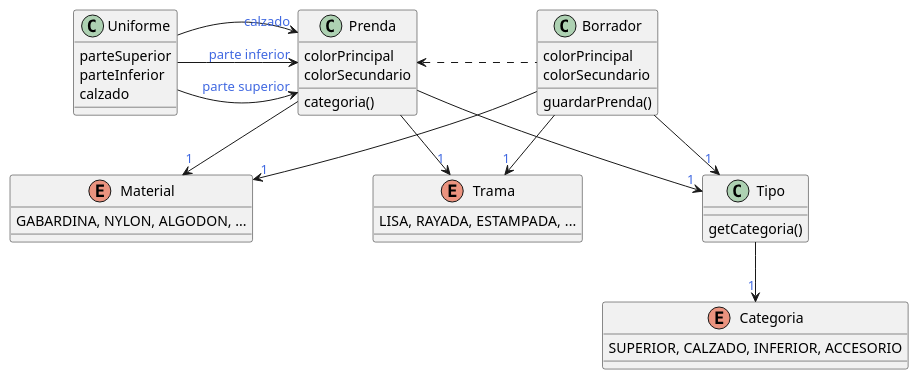
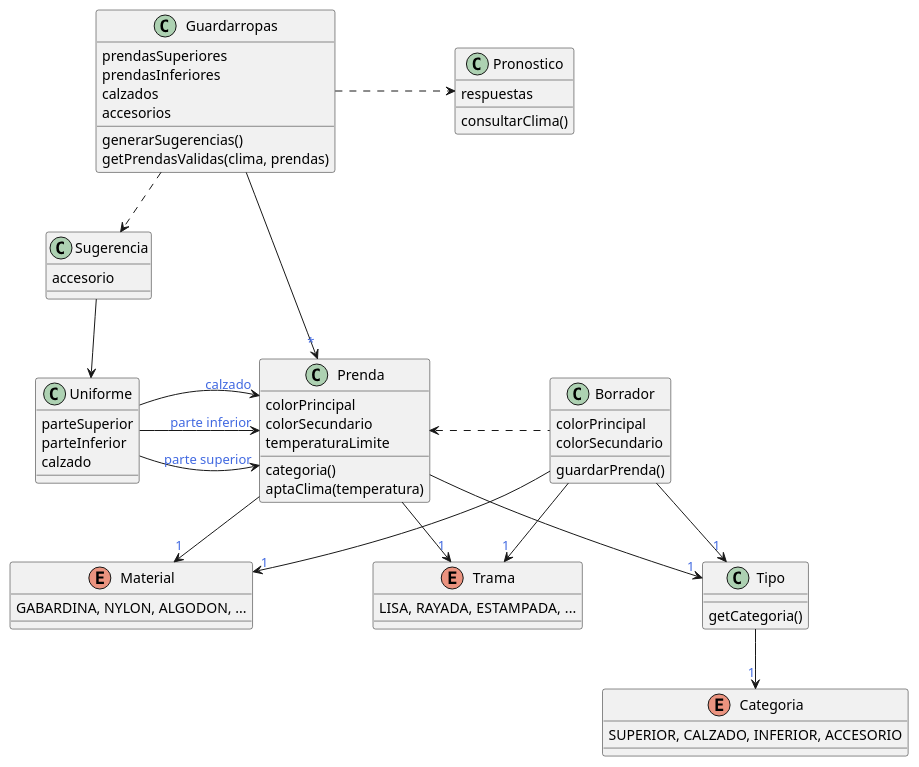
Before and after one commit to SolVarisco/QueMePongo: the diagram in assets/Atuedos.puml, drawn with PlantUML. The commit also changed 5 other files, not shown here.

```diff
--- a/assets/Atuedos.puml
+++ b/assets/Atuedos.puml
@@ -1,51 +1,75 @@
 @startuml
 'https://plantuml.com/class-diagram
 skinparam backgroundColor transparent
 skinparam arrowFontColor royalblue
 skinparam nodesep 120
 
 class Prenda {
     colorPrincipal
     colorSecundario
     categoria()
+    temperaturaLimite
+    aptaClima(temperatura)
 }
 enum Material {
     GABARDINA, NYLON, ALGODON, ...
 }
 enum Trama {
     LISA, RAYADA, ESTAMPADA, ...
 }
 
 class Tipo {
     getCategoria()
 }
 
 class Borrador {
     colorPrincipal
     colorSecundario
     guardarPrenda()
 }
 
 class Uniforme {
     parteSuperior
     parteInferior
     calzado
 }
 
+class Sugerencia {
+    accesorio
+}
+
+class Guardarropas {
+    prendasSuperiores
+    prendasInferiores
+    calzados
+    accesorios
+    generarSugerencias()
+    getPrendasValidas(clima, prendas)
+}
+
+class Pronostico {
+    respuestas
+    consultarClima()
+}
+
 enum Categoria {
     SUPERIOR, CALZADO, INFERIOR, ACCESORIO
 }
 
 Prenda --> "1" Material
 Prenda --> "1" Tipo
 Prenda --> "1" Trama
 Tipo --> "1" Categoria
 Borrador --> "1" Material
 Borrador --> "1" Tipo
 Borrador --> "1" Trama
 Borrador -left..> Prenda
 Uniforme -right--> "parte superior" Prenda
 Uniforme --> "parte inferior" Prenda
 Uniforme --> "calzado" Prenda
+Sugerencia --> Uniforme
+Guardarropas --> "*" Prenda
+Guardarropas .right.> Pronostico
+Guardarropas ..> Sugerencia
 
 @enduml
```
